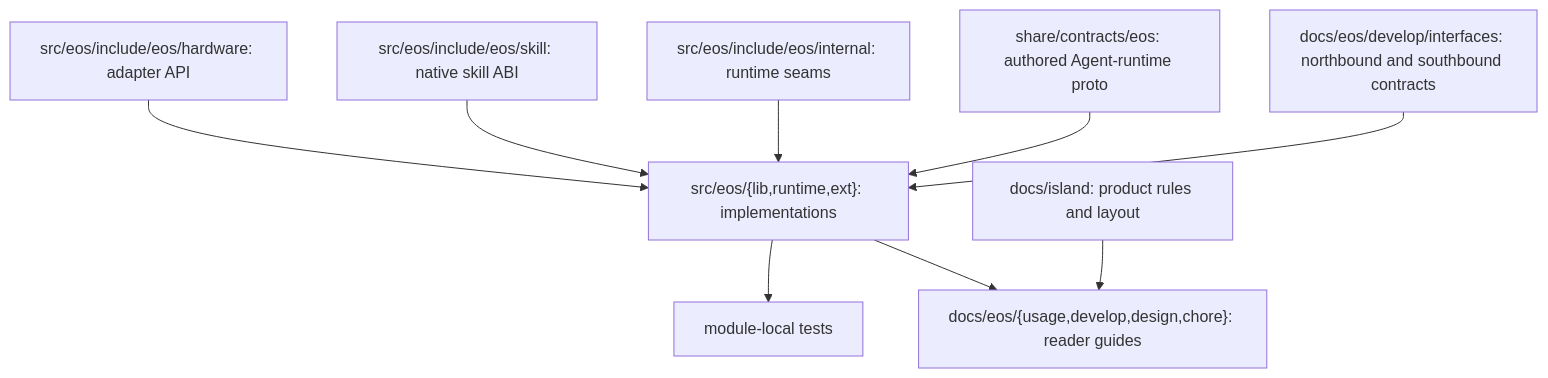
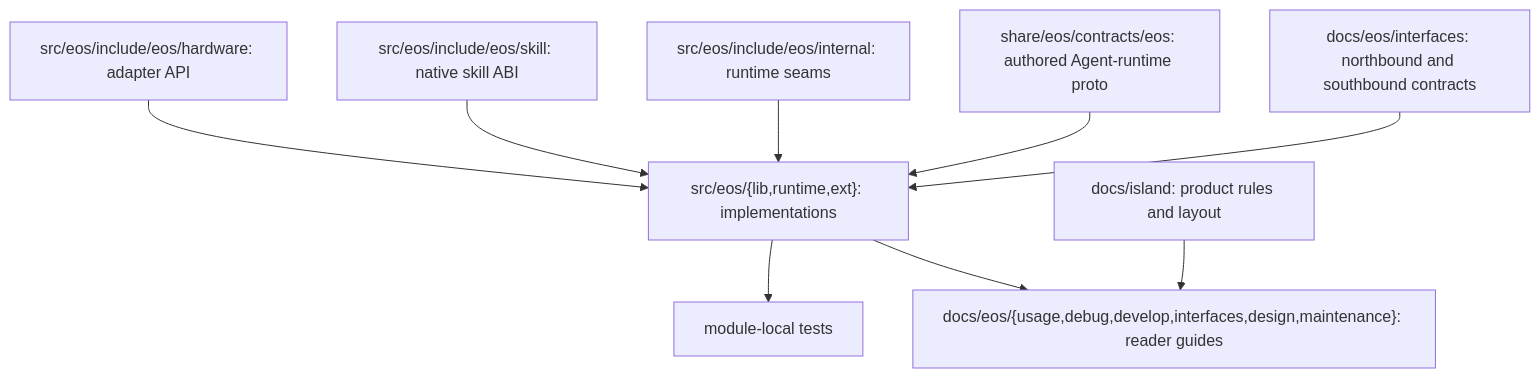
The second of 2 diagrams in docs_cn/island/layout_cn.md (Island-Team/Aether-EOS-R), drawn with Mermaid before and after one commit. The commit also changed other lines of this file and 1196 other files, not shown here.

````diff
--- a/docs_cn/island/layout_cn.md
+++ b/docs_cn/island/layout_cn.md
@@ -54,11 +60,11 @@
 ```mermaid
 flowchart TB
   hardware["src/eos/include/eos/hardware: adapter API"] --> modules["src/eos/{lib,runtime,ext}: implementations"]
   skillabi["src/eos/include/eos/skill: native skill ABI"] --> modules
   internal["src/eos/include/eos/internal: runtime seams"] --> modules
-  contracts["share/contracts/eos: authored Agent-runtime proto"] --> modules
+  contracts["share/eos/contracts/eos: authored Agent-runtime proto"] --> modules
   modules --> localtests["module-local tests"]
-  modules --> refs["docs/eos/{usage,develop,design,chore}: reader guides"]
-  interfaces["docs/eos/develop/interfaces: northbound and southbound contracts"] --> modules
+  modules --> refs["docs/eos/{usage,debug,develop,interfaces,design,maintenance}: reader guides"]
+  interfaces["docs/eos/interfaces: northbound and southbound contracts"] --> modules
   product["docs/island: product rules and layout"] --> refs
 ```
````
